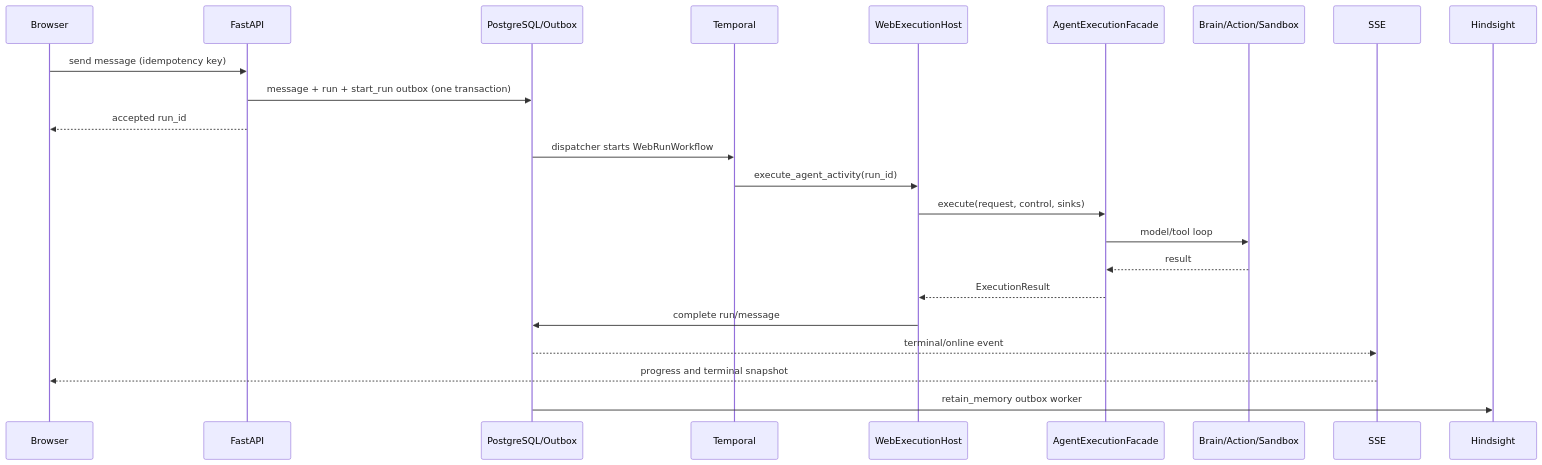
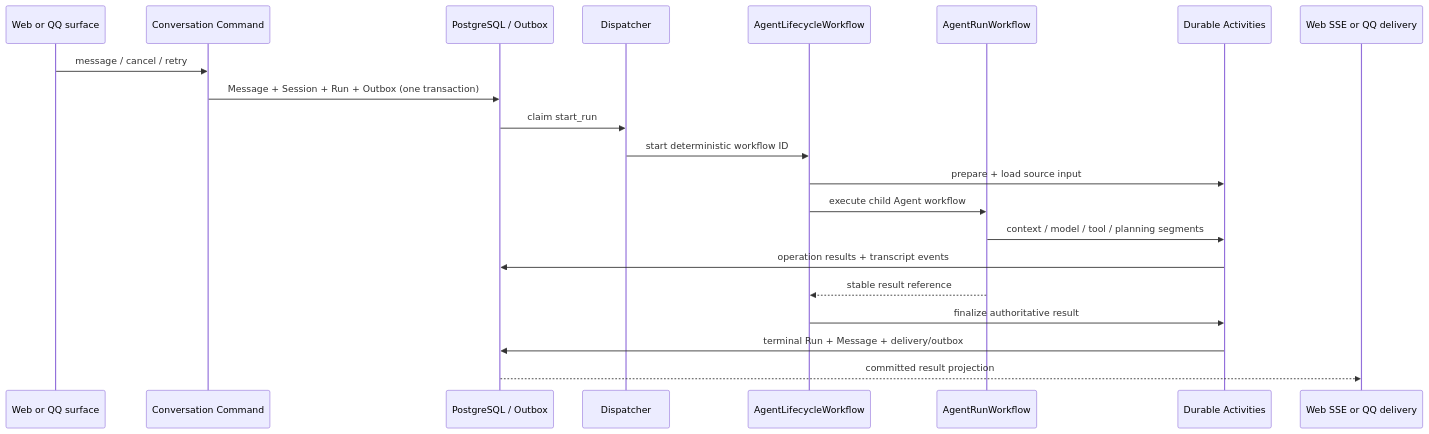
The first of 2 diagrams in docs/architecture/single_agent/04_sequence.md (k1po9/HpAgent), drawn with Mermaid before and after one commit. The commit also changed other lines of this file and 104 other files, not shown here.

````diff
--- a/docs/architecture/single_agent/04_sequence.md
+++ b/docs/architecture/single_agent/04_sequence.md
@@ -5,26 +5,24 @@
 ```mermaid
 sequenceDiagram
-    participant B as Browser
-    participant A as FastAPI
-    participant D as PostgreSQL/Outbox
-    participant T as Temporal
-    participant H as WebExecutionHost
-    participant F as AgentExecutionFacade
-    participant C as Brain/Action/Sandbox
-    participant S as SSE
-    participant M as Hindsight
+    participant S as Web or QQ surface
+    participant C as Conversation Command
+    participant P as PostgreSQL / Outbox
+    participant D as Dispatcher
+    participant L as AgentLifecycleWorkflow
+    participant A as AgentRunWorkflow
+    participant X as Durable Activities
+    participant O as Web SSE or QQ delivery
 
-    B->>A: send message (idempotency key)
-    A->>D: message + run + start_run outbox (one transaction)
-    A-->>B: accepted run_id
-    D->>T: dispatcher starts WebRunWorkflow
-    T->>H: execute_agent_activity(run_id)
-    H->>F: execute(request, control, sinks)
-    F->>C: model/tool loop
-    C-->>F: result
-    F-->>H: ExecutionResult
-    H->>D: complete run/message
-    D-->>S: terminal/online event
-    S-->>B: progress and terminal snapshot
-    D->>M: retain_memory outbox worker
+    S->>C: message / cancel / retry
+    C->>P: Message + Session + Run + Outbox (one transaction)
+    P->>D: claim start_run
+    D->>L: start deterministic workflow ID
+    L->>X: prepare + load source input
+    L->>A: execute child Agent workflow
+    A->>X: context / model / tool / planning segments
+    X->>P: operation results + transcript events
+    A-->>L: stable result reference
+    L->>X: finalize authoritative result
+    X->>P: terminal Run + Message + delivery/outbox
+    P-->>O: committed result projection
 ```
````
